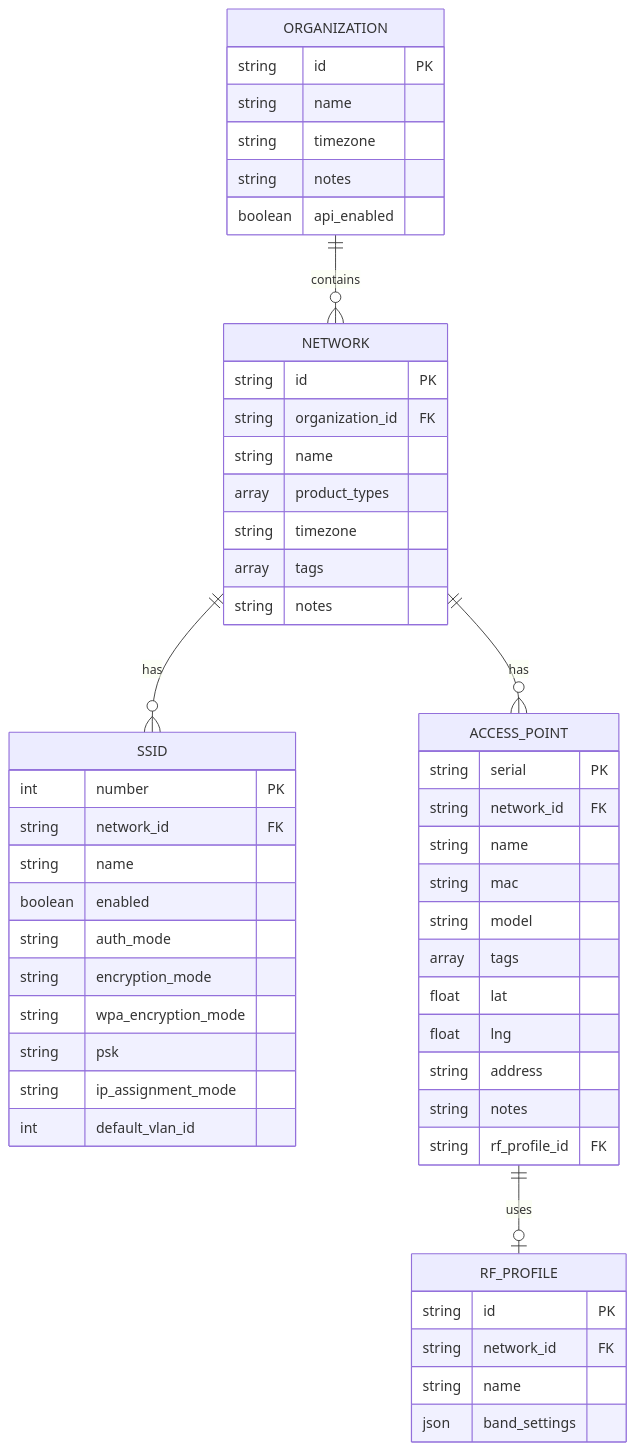
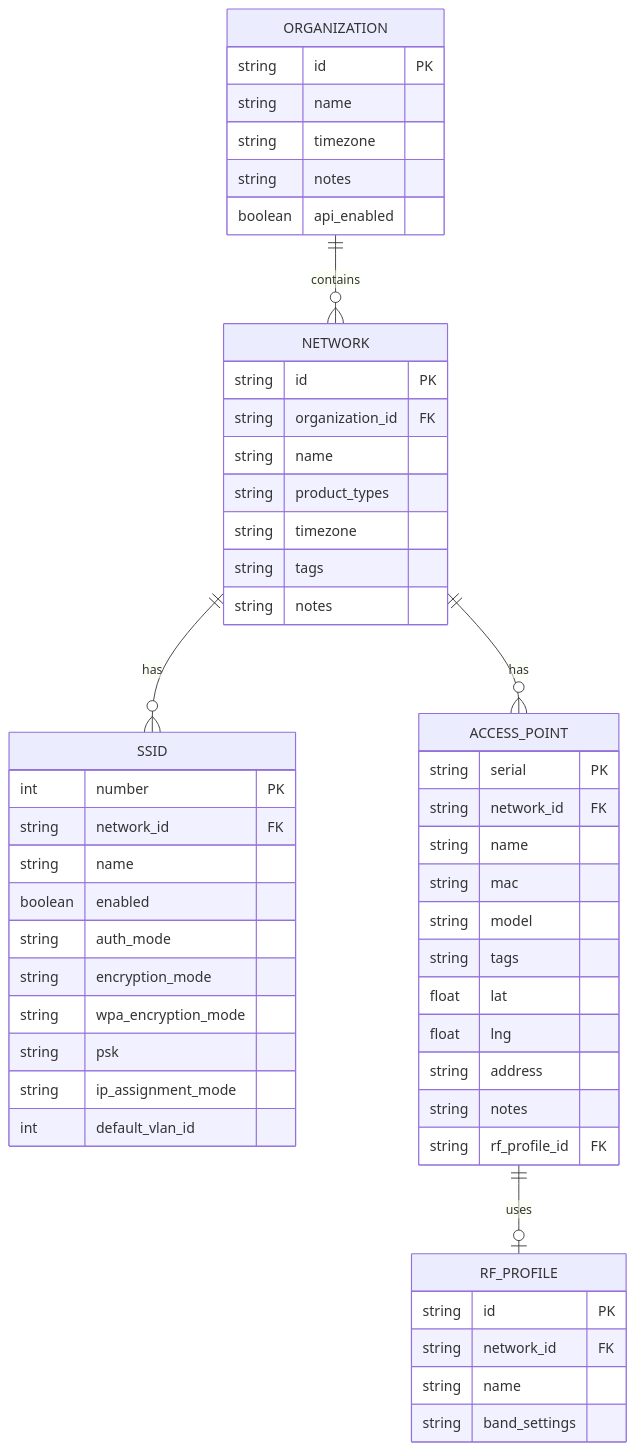
Before and after one commit to rodrigo-freitas-com/meraki-ansible: the first of 13 diagrams in docs/system-modeling.md, drawn with Mermaid.

````diff
--- a/docs/system-modeling.md
+++ b/docs/system-modeling.md
@@ -9,59 +9,59 @@
 ```mermaid
 erDiagram
     ORGANIZATION ||--o{ NETWORK : contains
     NETWORK ||--o{ SSID : has
     NETWORK ||--o{ ACCESS_POINT : has
     ACCESS_POINT ||--o| RF_PROFILE : uses
 
     ORGANIZATION {
         string id PK
         string name
         string timezone
         string notes
         boolean api_enabled
     }
 
     NETWORK {
         string id PK
         string organization_id FK
         string name
-        array product_types
+        string product_types
         string timezone
-        array tags
+        string tags
         string notes
     }
 
     SSID {
         int number PK
         string network_id FK
         string name
         boolean enabled
         string auth_mode
         string encryption_mode
         string wpa_encryption_mode
         string psk
         string ip_assignment_mode
         int default_vlan_id
     }
 
     ACCESS_POINT {
         string serial PK
         string network_id FK
         string name
         string mac
         string model
-        array tags
+        string tags
         float lat
         float lng
         string address
         string notes
         string rf_profile_id FK
     }
 
     RF_PROFILE {
         string id PK
         string network_id FK
         string name
-        json band_settings
+        string band_settings
     }
 ```
````
